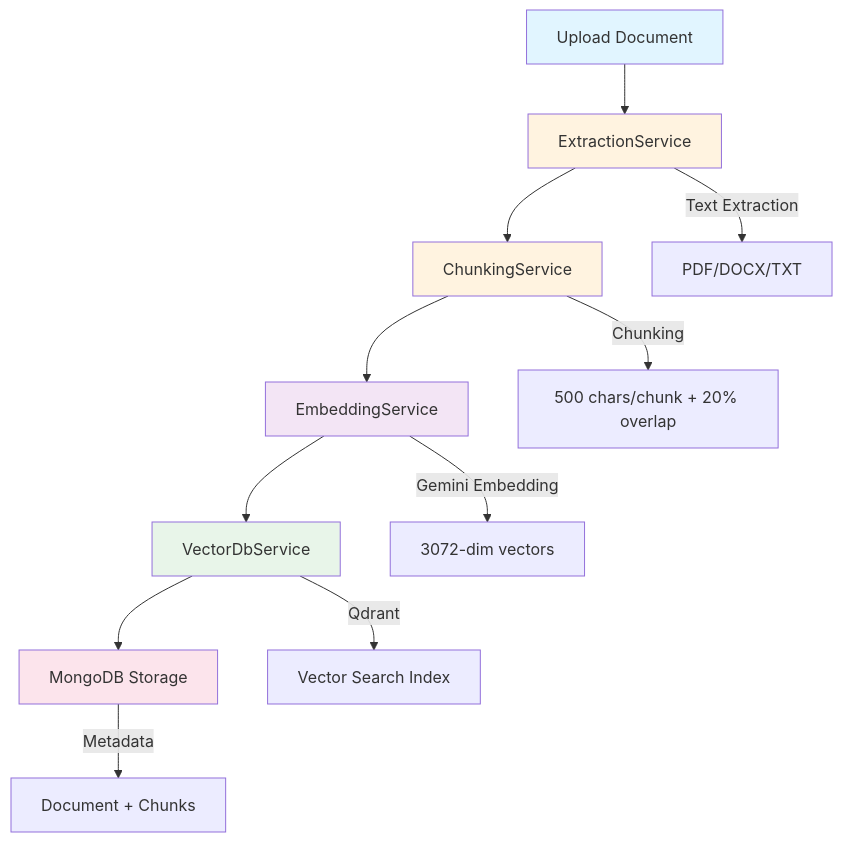
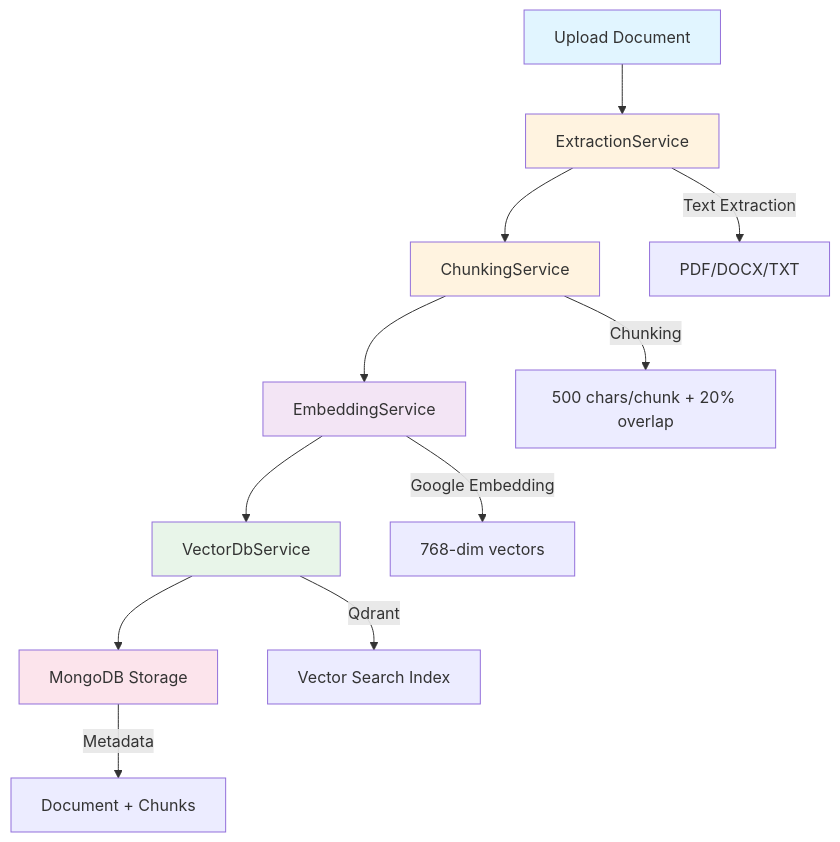
Before and after one commit to livechat-ai/livechat-ai-be: the first of 2 diagrams in RAG_PIPELINE.md, drawn with Mermaid. The commit also changed other lines of this file and 2 other files, not shown here.

Commit message:
docs: Update RAG pipeline to reflect transition to Google text-embedding-004 model with 768-dim vectors

````diff
--- a/RAG_PIPELINE.md
+++ b/RAG_PIPELINE.md
@@ -18,21 +18,21 @@
 ```mermaid
 graph TD
     A[Upload Document] --> B[ExtractionService]
     B --> C[ChunkingService]
     C --> D[EmbeddingService]
     D --> E[VectorDbService]
     E --> F[MongoDB Storage]
     
     B -->|Text Extraction| B1[PDF/DOCX/TXT]
     C -->|Chunking| C1[500 chars/chunk + 20% overlap]
-    D -->|Gemini Embedding| D1[3072-dim vectors]
+    D -->|Google Embedding| D1[768-dim vectors]
     E -->|Qdrant| E1[Vector Search Index]
     F -->|Metadata| F1[Document + Chunks]
     
     style A fill:#e1f5ff
     style B fill:#fff3e0
     style C fill:#fff3e0
     style D fill:#f3e5f5
     style E fill:#e8f5e9
     style F fill:#fce4ec
 ```
````
